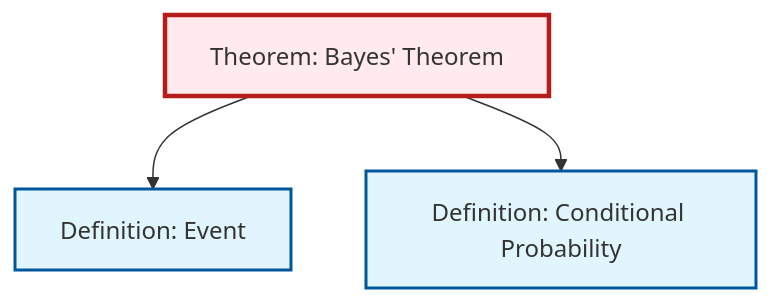
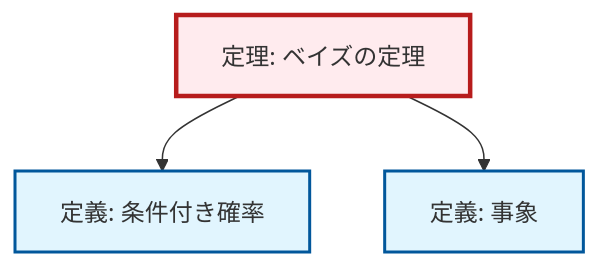
The diagram in content/ja/probability-statistics/thm-bayes.qmd (RK0429/ModernMath), drawn with Mermaid before and after one commit. The commit also changed 1069 other files, not shown here.

````diff
--- a/content/ja/probability-statistics/thm-bayes.qmd
+++ b/content/ja/probability-statistics/thm-bayes.qmd
@@ -89,17 +89,17 @@
 ```{mermaid}
 %%| fig-cap: "Local dependency graph"
 graph TD
     classDef definition fill:#e1f5fe,stroke:#01579b,stroke-width:2px
     classDef theorem fill:#f3e5f5,stroke:#4a148c,stroke-width:2px
     classDef axiom fill:#fff3e0,stroke:#e65100,stroke-width:2px
     classDef example fill:#e8f5e9,stroke:#1b5e20,stroke-width:2px
     classDef current fill:#ffebee,stroke:#b71c1c,stroke-width:3px
-    thm-bayes["Theorem: Bayes' Theorem"]:::theorem
-    def-conditional-probability["Definition: Conditional Probability"]:::definition
-    def-event["Definition: Event"]:::definition
+    thm-bayes["定理: ベイズの定理"]:::theorem
+    def-conditional-probability["定義: 条件付き確率"]:::definition
+    def-event["定義: 事象"]:::definition
+    thm-bayes --> def-conditional-probability
     thm-bayes --> def-event
-    thm-bayes --> def-conditional-probability
     class thm-bayes current
-    click def-conditional-probability "def-conditional-probability.html" "Definition: Conditional Probabilityへ"
-    click def-event "def-event.html" "Definition: Eventへ"
+    click def-conditional-probability "def-conditional-probability.html" "条件付き確率の定義へ"
+    click def-event "def-event.html" "事象の定義へ"
 ```
````
